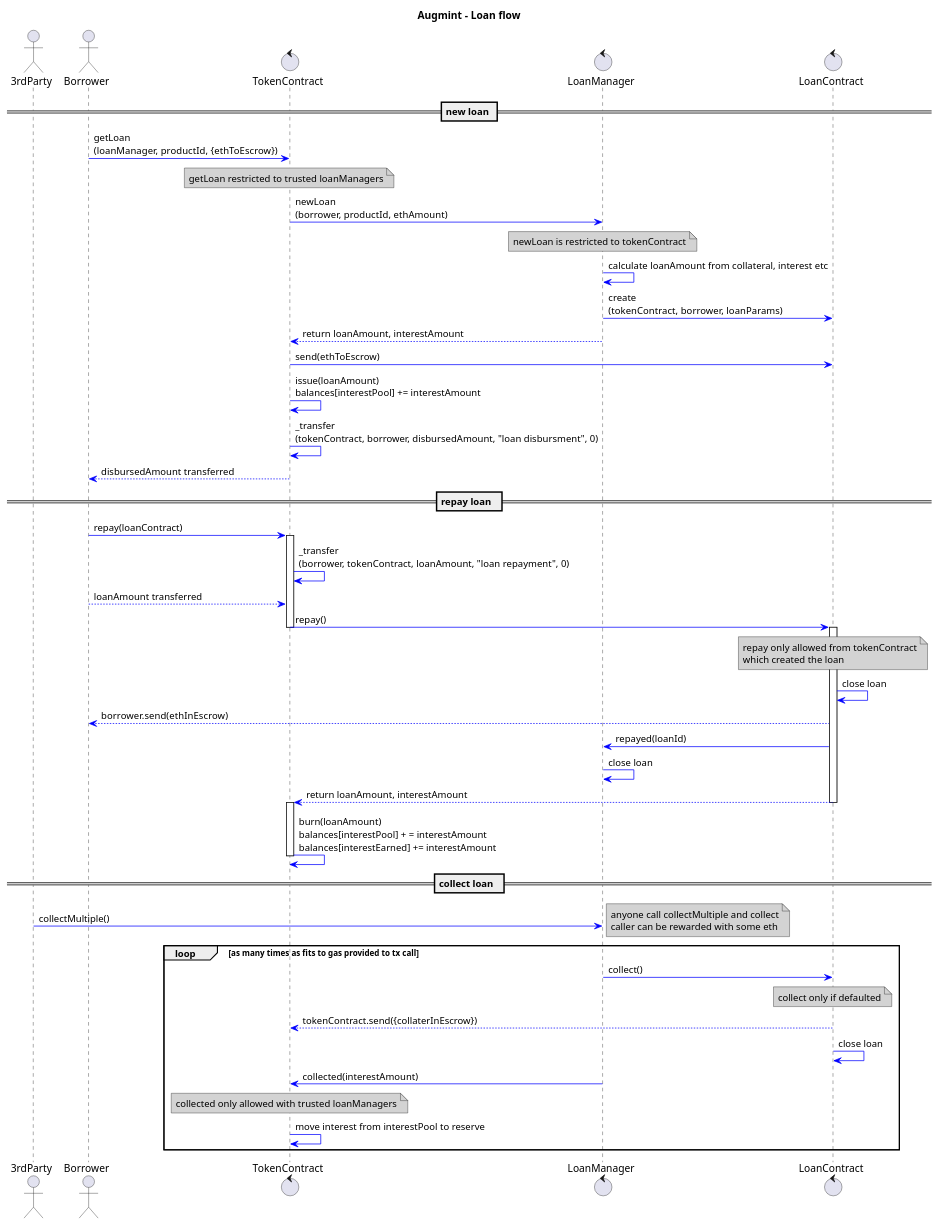
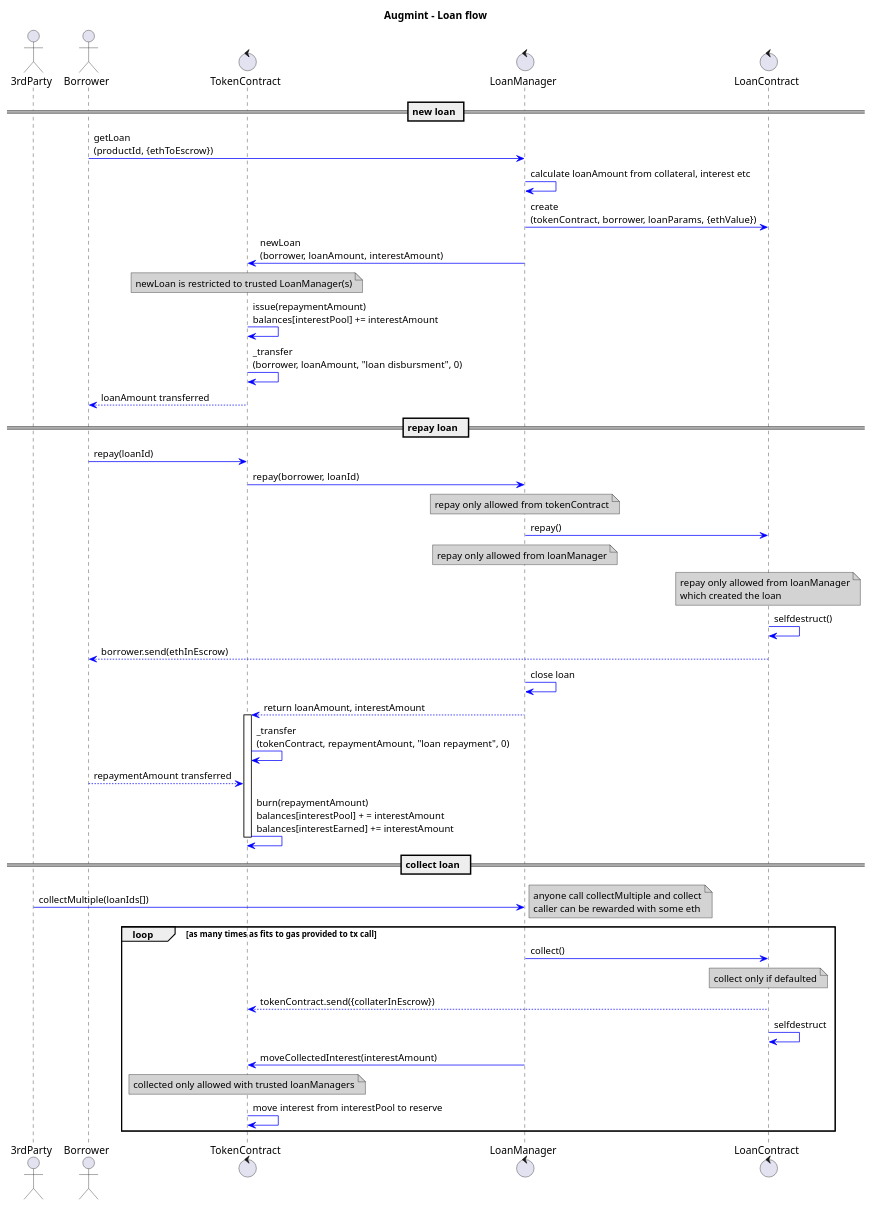
The diagram in docs/loanFlow.plantuml (Augmint/augmint-web), drawn with PlantUML before and after one commit. The commit also changed 3 other files, not shown here.

Commit message:
sequence diagram updates

```diff
--- a/docs/loanFlow.plantuml
+++ b/docs/loanFlow.plantuml
@@ -1,67 +1,64 @@
 @startuml
 title **Augmint** - Loan flow
 skinparam ArrowColor #blue
 skinparam noteBackgroundColor #lightgrey
 actor 3rdParty
 actor Borrower
 control TokenContract
 control LoanManager
 control LoanContract
 == new loan ==
-Borrower -> TokenContract : getLoan\n(loanManager, productId, {ethToEscrow})
+Borrower -> LoanManager : getLoan\n(productId, {ethToEscrow})
+LoanManager -> LoanManager : calculate loanAmount from collateral, interest etc
+LoanManager -> LoanContract : create\n(tokenContract, borrower, loanParams, {ethValue})
+LoanManager -> TokenContract : newLoan\n(borrower, loanAmount, interestAmount)
 note over TokenContract
-getLoan restricted to trusted loanManagers
+newLoan is restricted to trusted LoanManager(s)
 end note
-TokenContract -> LoanManager : newLoan\n(borrower, productId, ethAmount)
-note over LoanManager
-newLoan is restricted to tokenContract
-end note
-LoanManager -> LoanManager : calculate loanAmount from collateral, interest etc
-LoanManager -> LoanContract : create\n(tokenContract, borrower, loanParams)
-LoanManager --> TokenContract : return loanAmount, interestAmount
-TokenContract -> LoanContract : send(ethToEscrow)
-TokenContract -> TokenContract :  issue(loanAmount)\nbalances[interestPool] += interestAmount
-TokenContract -> TokenContract : _transfer\n(tokenContract, borrower, disbursedAmount, "loan disbursment", 0)
-TokenContract --> Borrower : disbursedAmount transferred
+TokenContract -> TokenContract : issue(repaymentAmount)\nbalances[interestPool] += interestAmount
+TokenContract -> TokenContract : _transfer\n(borrower, loanAmount, "loan disbursment", 0)
+TokenContract --> Borrower : loanAmount transferred
 
 == repay loan  ==
-Borrower -> TokenContract : repay(loanContract)
-activate TokenContract
-TokenContract -> TokenContract : _transfer\n(borrower, tokenContract, loanAmount, "loan repayment", 0)
-Borrower --> TokenContract : loanAmount transferred
-TokenContract -> LoanContract : repay()
-deactivate TokenContract
-activate LoanContract
+Borrower -> TokenContract : repay(loanId)
+TokenContract -> LoanManager : repay(borrower, loanId)
+note over LoanManager
+repay only allowed from tokenContract
+end note
+LoanManager -> LoanContract : repay()
+note over LoanManager
+repay only allowed from loanManager
+end note
 note over LoanContract
-repay only allowed from tokenContract
+repay only allowed from loanManager
 which created the loan
 end note
-LoanContract -> LoanContract : close loan
+LoanContract -> LoanContract : selfdestruct()
 LoanContract --> Borrower : borrower.send(ethInEscrow)
-LoanContract -> LoanManager : repayed(loanId)
 LoanManager -> LoanManager : close loan
-LoanContract --> TokenContract : return loanAmount, interestAmount
-deactivate LoanContract
+LoanManager --> TokenContract : return loanAmount, interestAmount
 activate TokenContract
-TokenContract -> TokenContract : burn(loanAmount)\nbalances[interestPool] + = interestAmount\nbalances[interestEarned] += interestAmount
+TokenContract -> TokenContract : _transfer\n(tokenContract, repaymentAmount, "loan repayment", 0)
+Borrower --> TokenContract : repaymentAmount transferred
+TokenContract -> TokenContract : burn(repaymentAmount)\nbalances[interestPool] + = interestAmount\nbalances[interestEarned] += interestAmount
 deactivate TokenContract
 == collect loan  ==
-3rdParty -> LoanManager : collectMultiple()
+3rdParty -> LoanManager : collectMultiple(loanIds[])
 note right
     anyone call collectMultiple and collect
     caller can be rewarded with some eth
 end note
 loop as many times as fits to gas provided to tx call
     LoanManager -> LoanContract : collect()
     note over LoanContract
         collect only if defaulted
     end note
     LoanContract --> TokenContract : tokenContract.send({collaterInEscrow})
-    LoanContract -> LoanContract : close loan
-    LoanManager -> TokenContract : collected(interestAmount)
+    LoanContract -> LoanContract : selfdestruct
+    LoanManager -> TokenContract : moveCollectedInterest(interestAmount)
     note over TokenContract
     collected only allowed with trusted loanManagers
     end note
     TokenContract -> TokenContract : move interest from interestPool to reserve
 end
 @enduml
```
